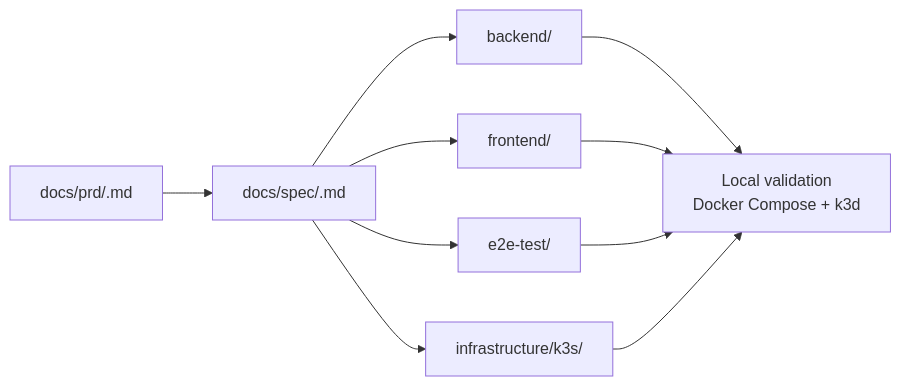
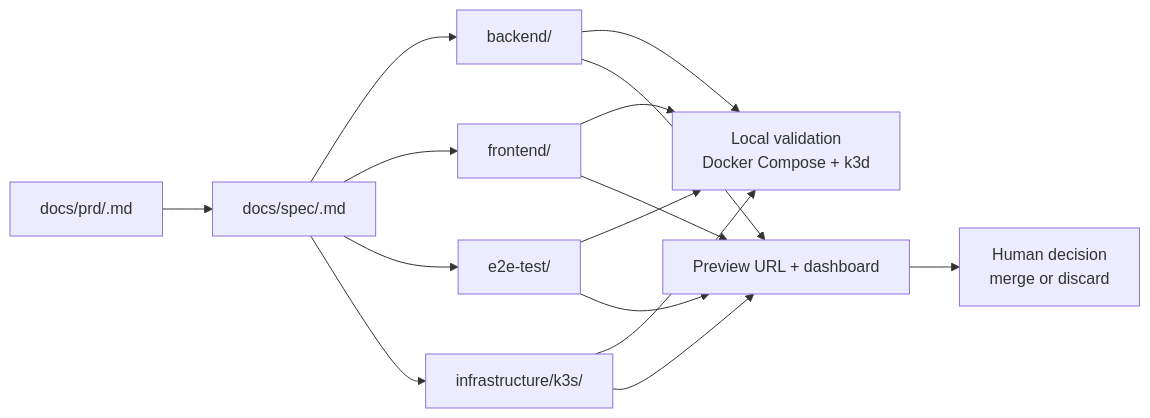
The diagram in README.md (plainOldCode/prd-driven-delivery), drawn with Mermaid before and after one commit. The commit also changed other lines of this file, not shown here.

Commit message:
docs: highlight preview dashboard workflow

````diff
--- a/README.md
+++ b/README.md
@@ -97,20 +118,27 @@
 ```mermaid
 flowchart LR
   PRD["docs/prd/<feature>.md"]
   SPEC["docs/spec/<feature>.md"]
   BE["backend/"]
   FE["frontend/"]
   QA["e2e-test/"]
   INFRA["infrastructure/k3s/"]
+  PREVIEW["Preview URL + dashboard"]
+  REVIEW["Human decision<br/>merge or discard"]
   VERIFY["Local validation<br/>Docker Compose + k3d"]
 
   PRD --> SPEC
   SPEC --> BE
   SPEC --> FE
   SPEC --> QA
   SPEC --> INFRA
   BE --> VERIFY
   FE --> VERIFY
   QA --> VERIFY
   INFRA --> VERIFY
+  INFRA --> PREVIEW
+  BE --> PREVIEW
+  FE --> PREVIEW
+  QA --> PREVIEW
+  PREVIEW --> REVIEW
 ```
````
